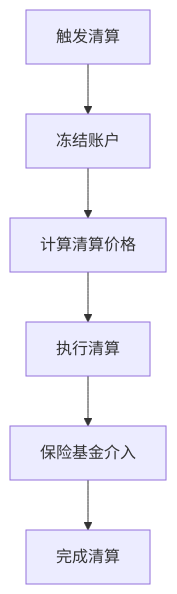
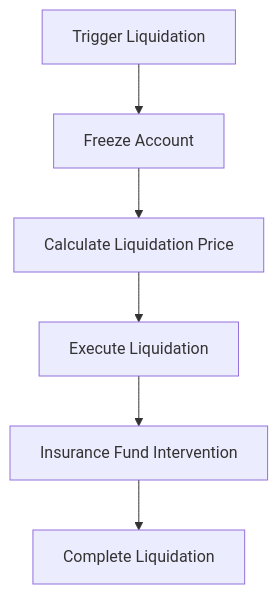
The diagram in content/zh-SG/perpsDoc/mechanism.mdx (OlendDAO/TriplexDoc), drawn with Mermaid before and after one commit. The commit also changed other lines of this file and 30 other files, not shown here.

````diff
--- a/content/zh-SG/perpsDoc/mechanism.mdx
+++ b/content/zh-SG/perpsDoc/mechanism.mdx
@@ -70,8 +70,8 @@
 ```mermaid
 graph TD
-    A[触发清算] --> B[冻结账户]
-    B --> C[计算清算价格]
-    C --> D[执行清算]
-    D --> E[保险基金介入]
-    E --> F[完成清算]
+    A[Trigger Liquidation] --> B[Freeze Account]
+    B --> C[Calculate Liquidation Price]
+    C --> D[Execute Liquidation]
+    D --> E[Insurance Fund Intervention]
+    E --> F[Complete Liquidation]
 ```
````
